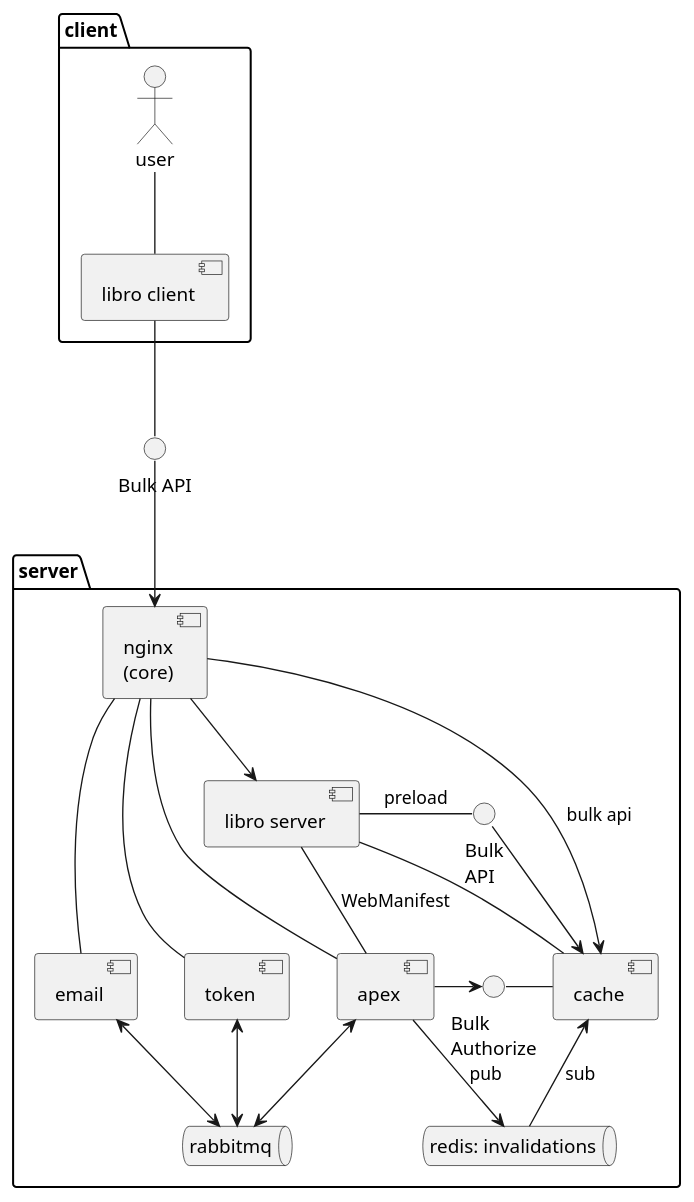
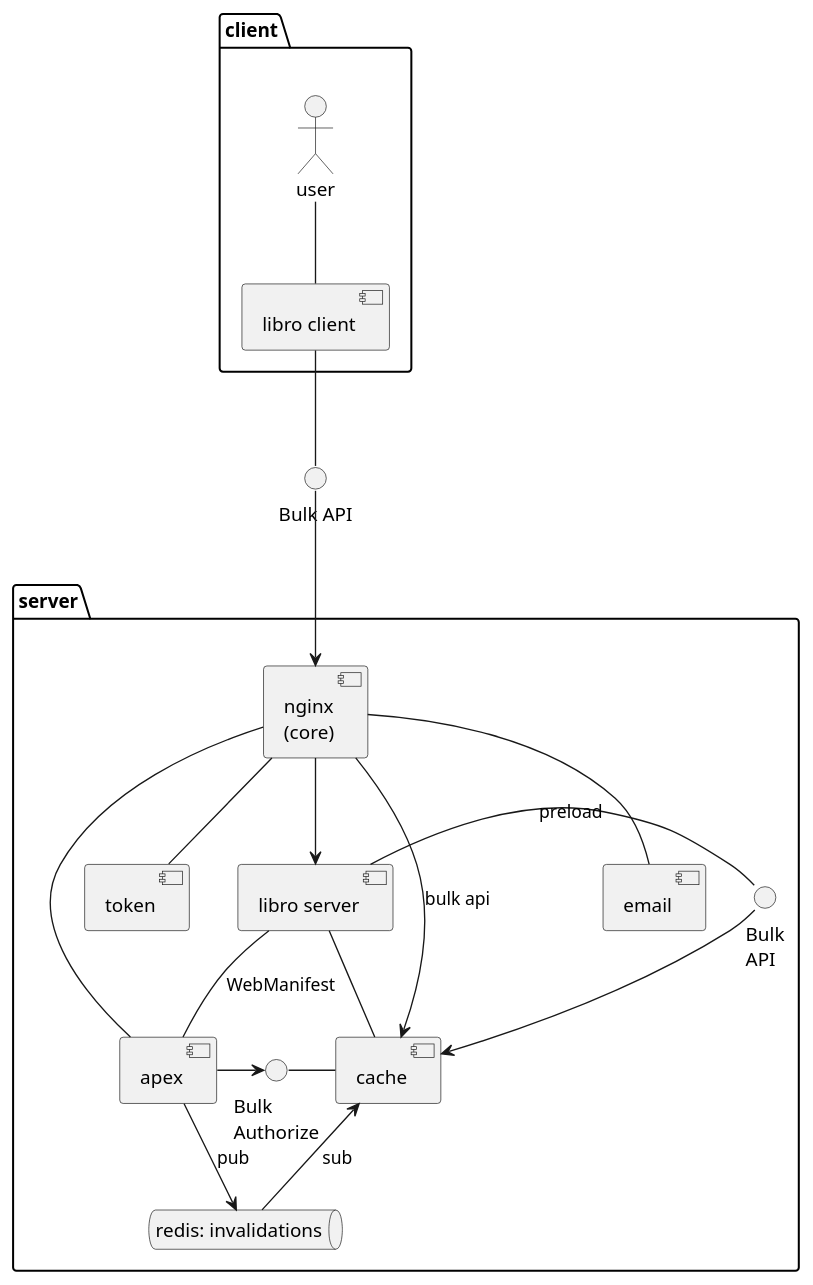
One commit to ontola/argu-infra changed the diagram in architecture/components-high-cross--communication.puml. Above: the diagram before and after it, drawn with PlantUML. The commit also changed 7 other files, not shown here.

```diff
--- a/architecture/components-high-cross--communication.puml
+++ b/architecture/components-high-cross--communication.puml
@@ -1,56 +1,51 @@
 @startuml
 ' Components - high level - cross-communication
 interface "Bulk API" as bulk
 label styling as " "
 
 folder client {
     actor user
     component libroFront as "libro client"
 
     libroFront -- bulk
 }
 
 folder server {
     component nginx as "nginx\n(core)"
     component cache
     component libro as "libro server"
     component apex
     component email
     component token
 
     queue redis as "redis: invalidations"
-    queue rabbitmq
 
     interface "Bulk\nAuthorize" as authorize
     interface "Bulk\nAPI" as bulkint
 
     bulk --> nginx
     authorize - cache
     apex -> authorize
 }
 
 user -- libroFront
 
 nginx --> libro
 nginx --> cache : bulk api
 nginx -- apex
 nginx -- email
 nginx -- token
 
 libro -- apex : WebManifest
 libro - bulkint : preload
 bulkint --> cache
 
-apex <--> rabbitmq
 apex --> redis : pub
 
 cache <-- redis : sub
-
-email <--> rabbitmq
-token <--> rabbitmq
 
 ' Styling
 libro - cache
 email -[hidden] token
 token -[hidden] apex
 @enduml
```
